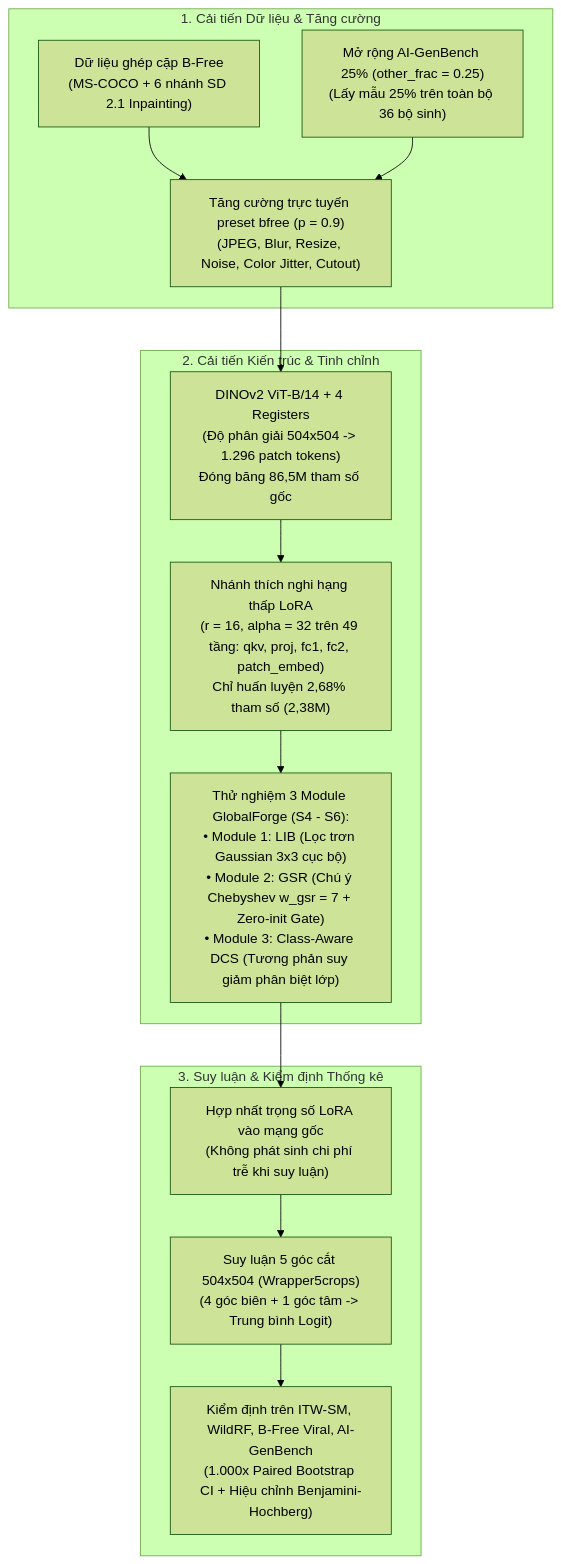
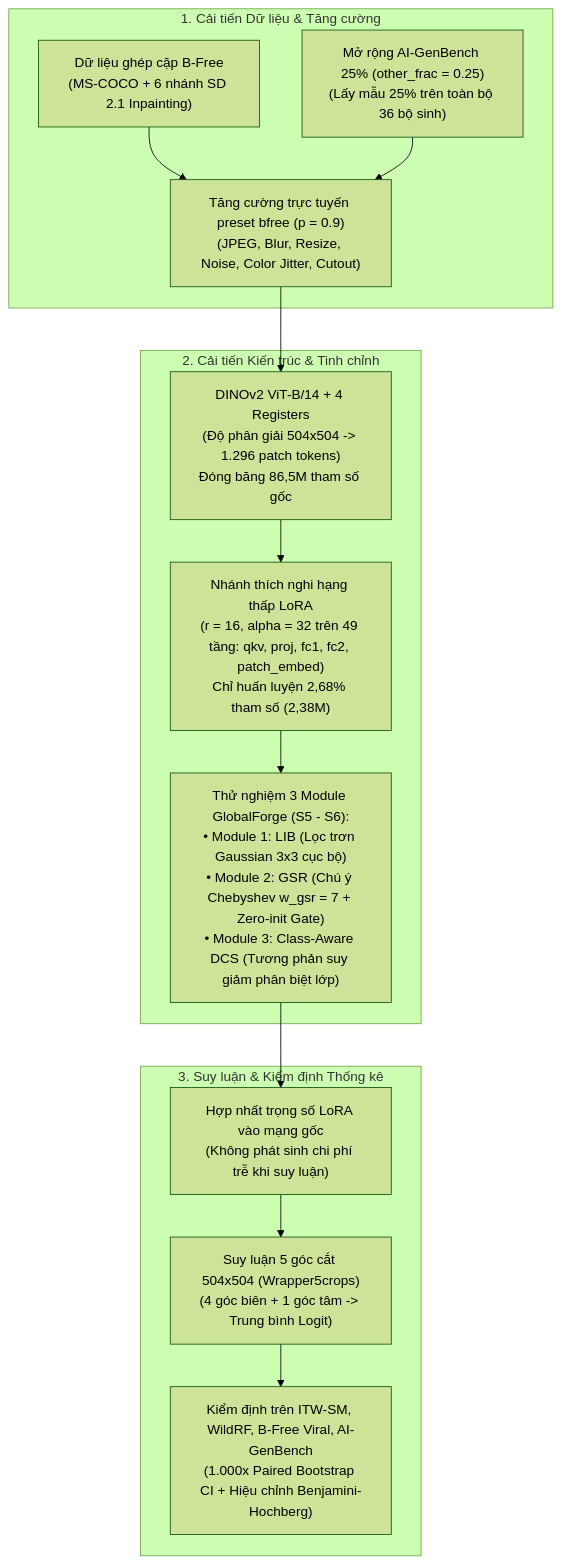
The diagram in docs/report.md (P-Bao/B-Free), drawn with Mermaid (forest theme) before and after one commit. The commit also changed other lines of this file and 2 other files, not shown here.

````diff
--- a/docs/report.md
+++ b/docs/report.md
@@ -176,26 +176,26 @@
 ```mermaid
 flowchart TD
     subgraph Data["1. Cải tiến Dữ liệu & Tăng cường"]
         D1["Dữ liệu ghép cặp B-Free<br/>(MS-COCO + 6 nhánh SD 2.1 Inpainting)"]
         D2["Mở rộng AI-GenBench 25% (other_frac = 0.25)<br/>(Lấy mẫu 25% trên toàn bộ 36 bộ sinh)"]
         AUG["Tăng cường trực tuyến preset bfree (p = 0.9)<br/>(JPEG, Blur, Resize, Noise, Color Jitter, Cutout)"]
         D1 & D2 --> AUG
     end
 
     subgraph Model["2. Cải tiến Kiến trúc & Tinh chỉnh"]
         BB["DINOv2 ViT-B/14 + 4 Registers<br/>(Độ phân giải 504x504 -> 1.296 patch tokens)<br/>Đóng băng 86,5M tham số gốc"]
         LORA["Nhánh thích nghi hạng thấp LoRA<br/>(r = 16, alpha = 32 trên 49 tầng: qkv, proj, fc1, fc2, patch_embed)<br/>Chỉ huấn luyện 2,68% tham số (2,38M)"]
-        GF["Thử nghiệm 3 Module GlobalForge (S4 - S6):<br/>• Module 1: LIB (Lọc trơn Gaussian 3x3 cục bộ)<br/>• Module 2: GSR (Chú ý Chebyshev w_gsr = 7 + Zero-init Gate)<br/>• Module 3: Class-Aware DCS (Tương phản suy giảm phân biệt lớp)"]
+        GF["Thử nghiệm 3 Module GlobalForge (S5 - S6):<br/>• Module 1: LIB (Lọc trơn Gaussian 3x3 cục bộ)<br/>• Module 2: GSR (Chú ý Chebyshev w_gsr = 7 + Zero-init Gate)<br/>• Module 3: Class-Aware DCS (Tương phản suy giảm phân biệt lớp)"]
         BB --> LORA --> GF
     end
 
     subgraph Eval["3. Suy luận & Kiểm định Thống kê"]
         MERGE["Hợp nhất trọng số LoRA vào mạng gốc<br/>(Không phát sinh chi phí trễ khi suy luận)"]
         CROP5["Suy luận 5 góc cắt 504x504 (Wrapper5crops)<br/>(4 góc biên + 1 góc tâm -> Trung bình Logit)"]
         STAT["Kiểm định trên ITW-SM, WildRF, B-Free Viral, AI-GenBench<br/>(1.000x Paired Bootstrap CI + Hiệu chỉnh Benjamini-Hochberg)"]
         MERGE --> CROP5 --> STAT
     end
 
     AUG --> BB
     GF --> MERGE
 ```
````
